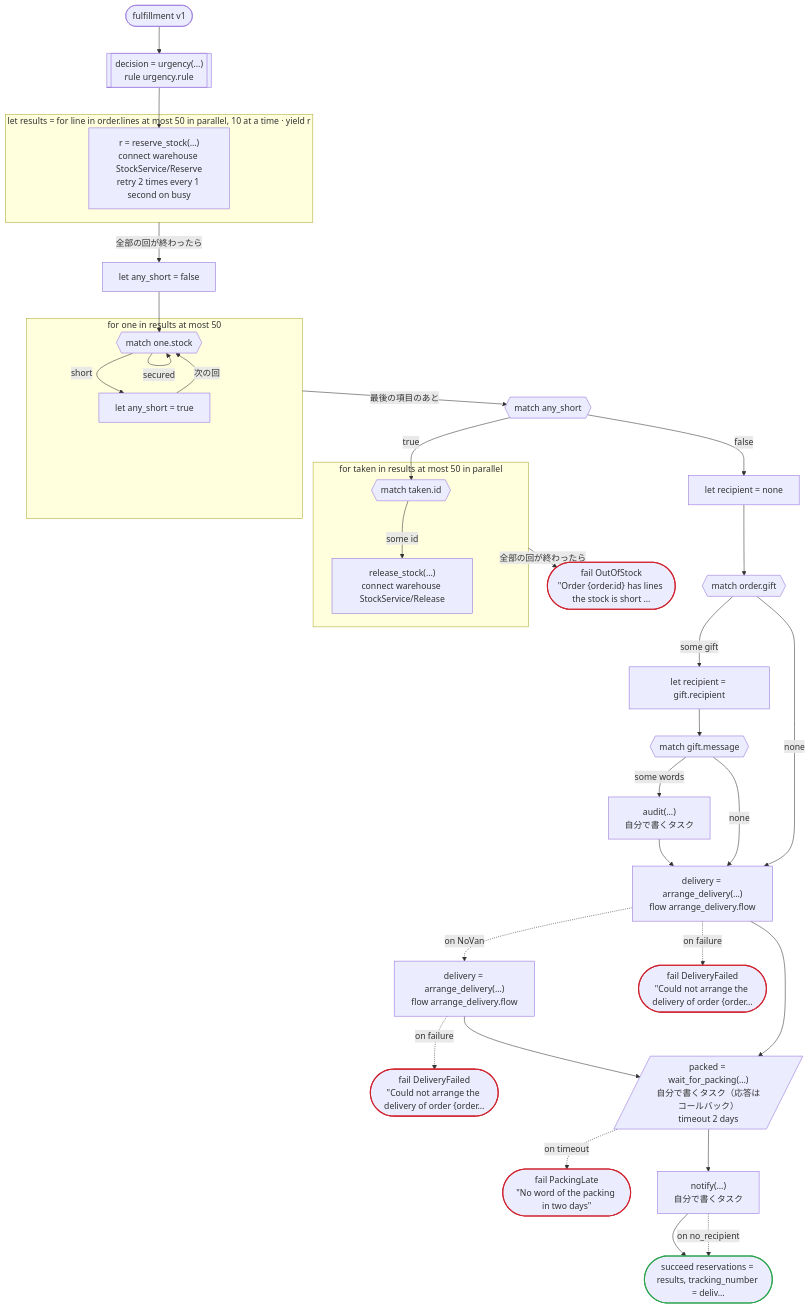
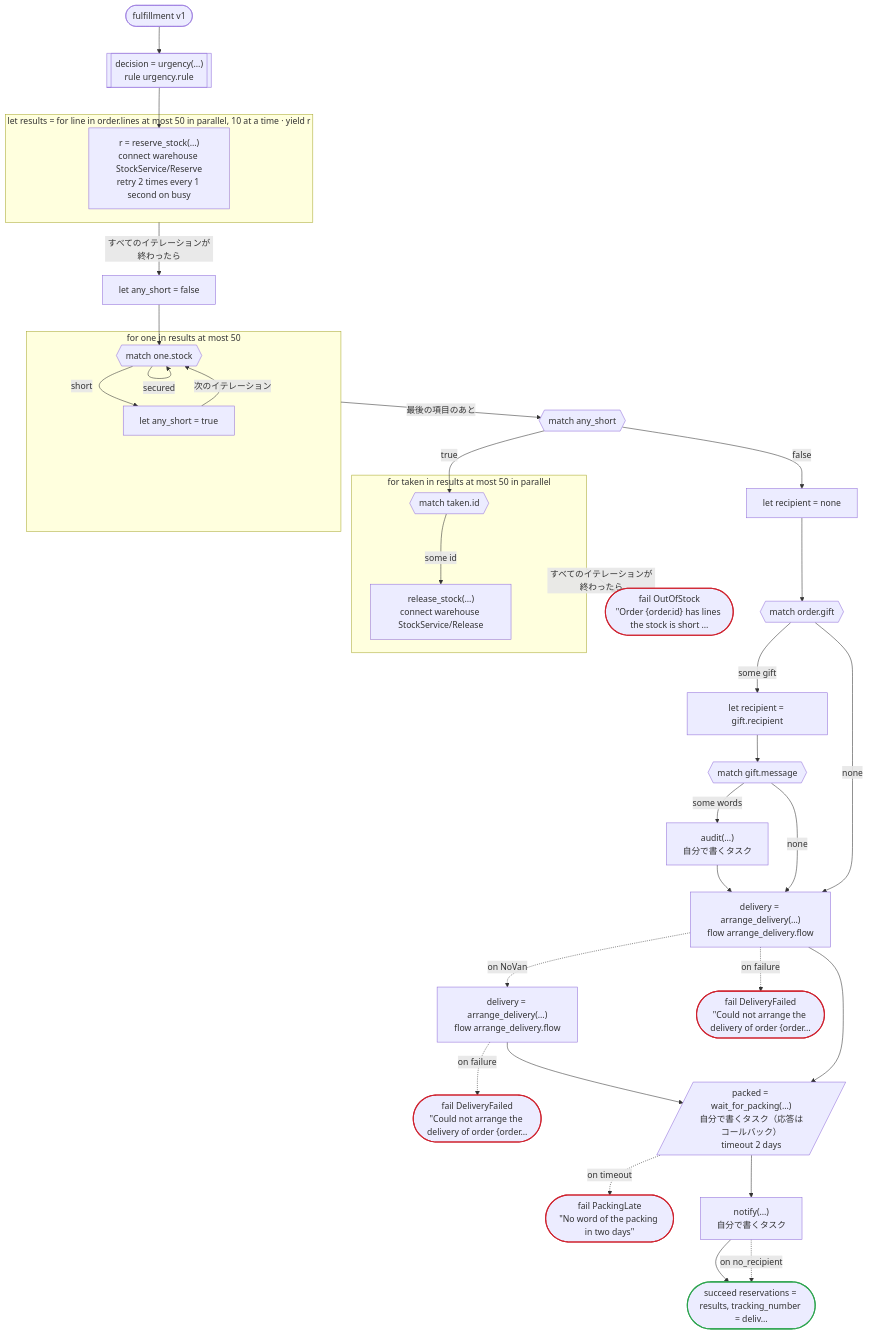
One commit to i2y/ritsu changed the diagram in crates/dandori/tests/doc/examples-fulfillment-temporal-fulfillment.ja.md. Above: the diagram before and after it, drawn with Mermaid. The commit also changed other lines of this file and 143 other files, not shown here.

````diff
--- a/crates/dandori/tests/doc/examples-fulfillment-temporal-fulfillment.ja.md
+++ b/crates/dandori/tests/doc/examples-fulfillment-temporal-fulfillment.ja.md
@@ -9,64 +9,64 @@
 ```mermaid
 flowchart TD
     start(["fulfillment v1"])
     s1[["decision = urgency(…)<br>rule urgency.rule"]]
     subgraph L2 ["let results = for line in order.lines at most 50 in parallel, 10 at a time · yield r"]
         s3["r = reserve_stock(…)<br>connect warehouse StockService/Reserve<br>retry 2 times every 1 second on busy"]
     end
     s4["let any_short = false"]
     subgraph L5 ["for one in results at most 50"]
         s6{{"match one.stock"}}
         s7["let any_short = true"]
     end
     s9{{"match any_short"}}
     subgraph L10 ["for taken in results at most 50 in parallel"]
         s11{{"match taken.id"}}
         s12["release_stock(…)<br>connect warehouse StockService/Release"]
     end
     s14(["fail OutOfStock<br>#quot;Order {order.id} has lines the stock is short …"])
     s16["let recipient = none"]
     s17{{"match order.gift"}}
     s18["let recipient = gift.recipient"]
     s19{{"match gift.message"}}
     s20["audit(…)<br>自分で書くタスク"]
     s23["delivery = arrange_delivery(…)<br>flow arrange_delivery.flow"]
     s24["delivery = arrange_delivery(…)<br>flow arrange_delivery.flow"]
     s25(["fail DeliveryFailed<br>#quot;Could not arrange the delivery of order {order…"])
     s26(["fail DeliveryFailed<br>#quot;Could not arrange the delivery of order {order…"])
     s27[/"packed = wait_for_packing(…)<br>自分で書くタスク（応答はコールバック）<br>timeout 2 days"/]
     s28(["fail PackingLate<br>#quot;No word of the packing in two days#quot;"])
     s29["notify(…)<br>自分で書くタスク"]
     s31(["succeed reservations = results, tracking_number = deliv…"])
     start --> s1
     s1 --> s3
-    L2 -->|"全部の回が終わったら"| s4
+    L2 -->|"すべてのイテレーションが終わったら"| s4
     s4 --> s6
     s6 -->|"short"| s7
-    s7 -->|"次の回"| s6
+    s7 -->|"次のイテレーション"| s6
     s6 -->|"secured"| s6
     L5 -->|"最後の項目のあと"| s9
     s9 -->|"true"| s11
     s11 -->|"some id"| s12
-    L10 -->|"全部の回が終わったら"| s14
+    L10 -->|"すべてのイテレーションが終わったら"| s14
     s9 -->|"false"| s16
     s16 --> s17
     s17 -->|"some gift"| s18
     s18 --> s19
     s19 -->|"some words"| s20
     s20 --> s23
     s19 -->|"none"| s23
     s17 -->|"none"| s23
     s23 -.->|"on NoVan"| s24
     s24 -.->|"on failure"| s25
     s23 -.->|"on failure"| s26
     s23 --> s27
     s24 --> s27
     s27 -.->|"on timeout"| s28
     s27 --> s29
     s29 --> s31
     s29 -.->|"on no_recipient"| s31
     classDef ok stroke:#2da44e,stroke-width:2px
     classDef bad stroke:#cf222e,stroke-width:2px
     class s31 ok
     class s14,s25,s26,s28 bad
 ```
````
